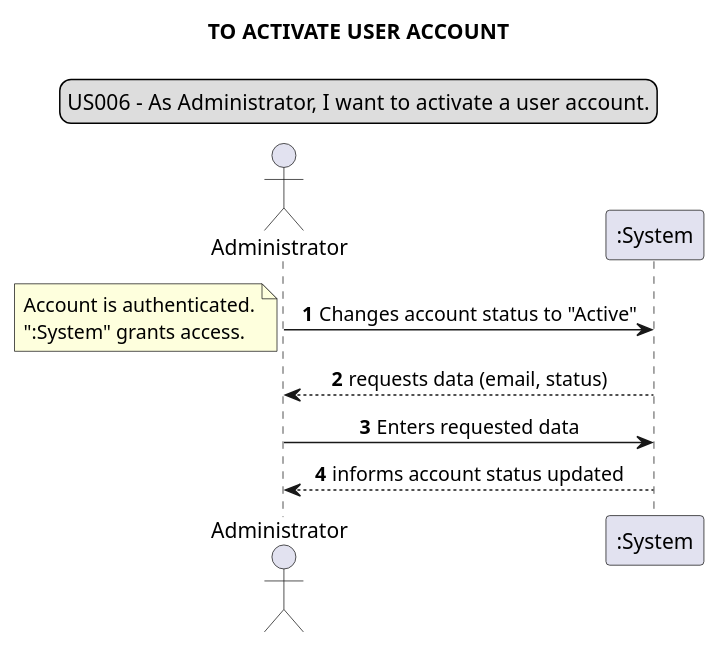
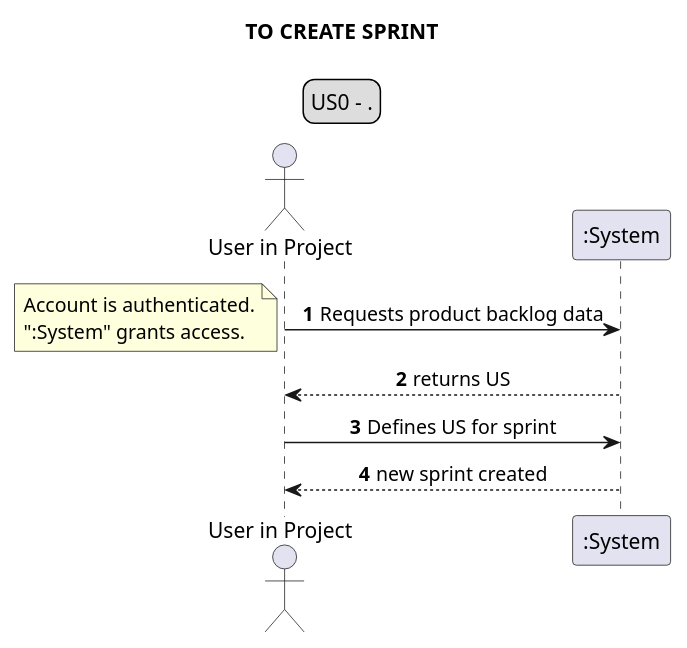
One commit to Loracline/project_switch_22-23 changed the sixth of 23 diagrams in docs/requirements_gathering/system_sequence_diagrams/systemSequenceDiagram.puml. Above: the diagram before and after it, drawn with PlantUML. The commit also changed other lines of this file and 23 other files, not shown here.

```diff
--- a/docs/requirements_gathering/system_sequence_diagrams/systemSequenceDiagram.puml
+++ b/docs/requirements_gathering/system_sequence_diagrams/systemSequenceDiagram.puml
@@ -93,17 +81,17 @@
 @startuml
 legend top
-US006 - As Administrator, I want to activate a user account.
+US0 - .
 end legend
 skinparam sequenceMessageAlign center
-title TO ACTIVATE USER ACCOUNT
-actor Administrator
+title TO CREATE SPRINT
+actor "User in Project" as UIP
 autonumber
-Administrator -> ":System": Changes account status to "Active"
+UIP -> ":System": Requests product backlog data
 note left
 Account is authenticated.
 ":System" grants access.
 end note
-":System" --> Administrator: requests data (email, status)
-Administrator -> ":System": Enters requested data
-":System" --> Administrator: informs account status updated
+UIP <-- ":System": returns US
+UIP -> ":System": Defines US for sprint
+UIP <-- ":System": new sprint created
 @enduml
```
